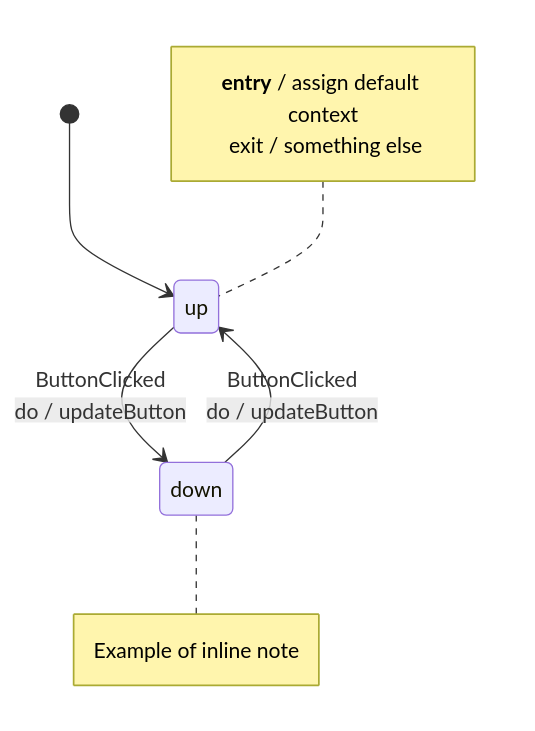
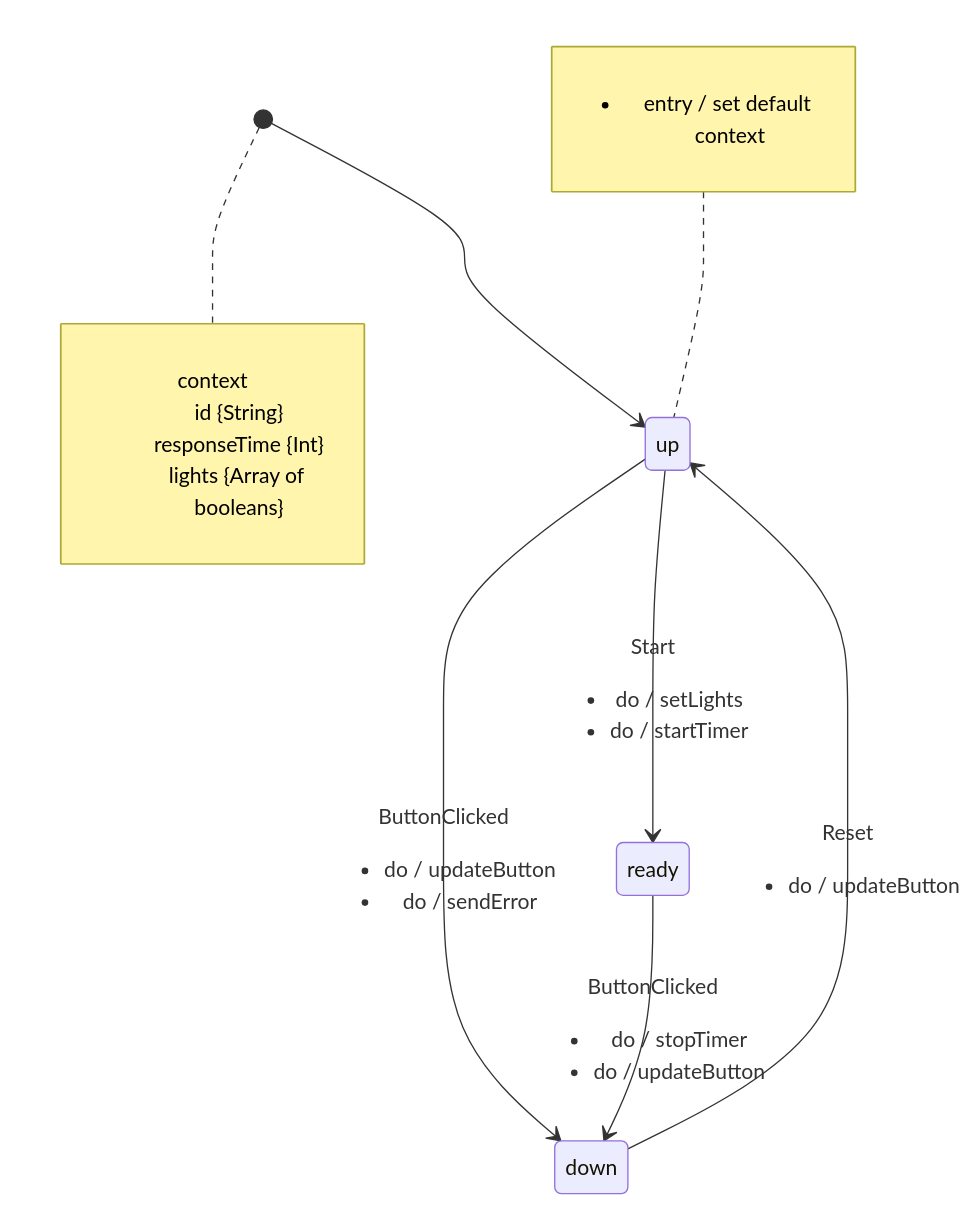
One commit to jkenlooper/red-button-trainer changed the diagram in libs/red-button-machine/src/red-button-machine.mmd. Above: the diagram before and after it, drawn with Mermaid. The commit also changed 3 other files, not shown here.

```diff
--- a/libs/red-button-machine/src/red-button-machine.mmd
+++ b/libs/red-button-machine/src/red-button-machine.mmd
@@ -1,16 +1,19 @@
 %% State machine diagram in mermaid js format (mmd)
 %% http://mermaid-js.github.io/mermaid/
 %%
 %% Line breaks are not fully supported. Use div elements as a workaround. Notes
 %% can't be multiple lines either (note left of state ... end note)
 %%
 %% Create diagram.svg with this command:
 %% `npm run mmdc -- --input src/red-button-machine.mmd --output diagram.svg`
 %% Add `-p puppeteer.config.json` for sandbox workaround if needed.
 
+
 stateDiagram-v2
   [*] --> up
-  note left of up : <div><strong>entry</strong> / assign default context</div> exit / something else
-  up --> down : <div>ButtonClicked</div> do / updateButton
-  down --> up : <div>ButtonClicked</div> do / updateButton
-  note right of down : Example of inline note
+  note right of [*] : <dl><dt>context</dt><dd>id {String}</dd><dd>responseTime {Int}</dd><dd>lights {Array of booleans}</dd></dl>
+  note left of up : <ul><li>entry / set default context</li></ul>
+  up --> down : <div>ButtonClicked</div> <ul><li>do / updateButton</li><li>do / sendError</li></ul>
+  down --> up : <div>Reset</div> <ul><li>do / updateButton</li>
+  up --> ready : <div>Start</div> <ul><li>do / setLights</li><li>do / startTimer</li></ul>
+  ready --> down : <div>ButtonClicked</div> <ul><li>do / stopTimer</li><li>do / updateButton</li></ul>
```
